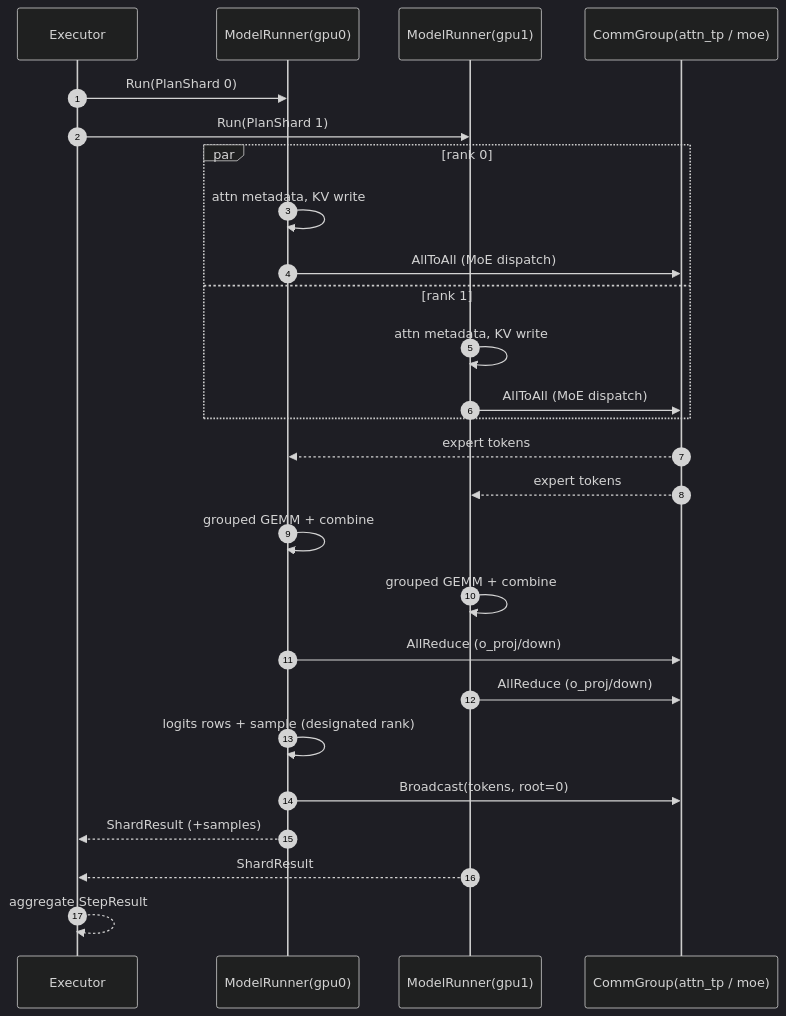
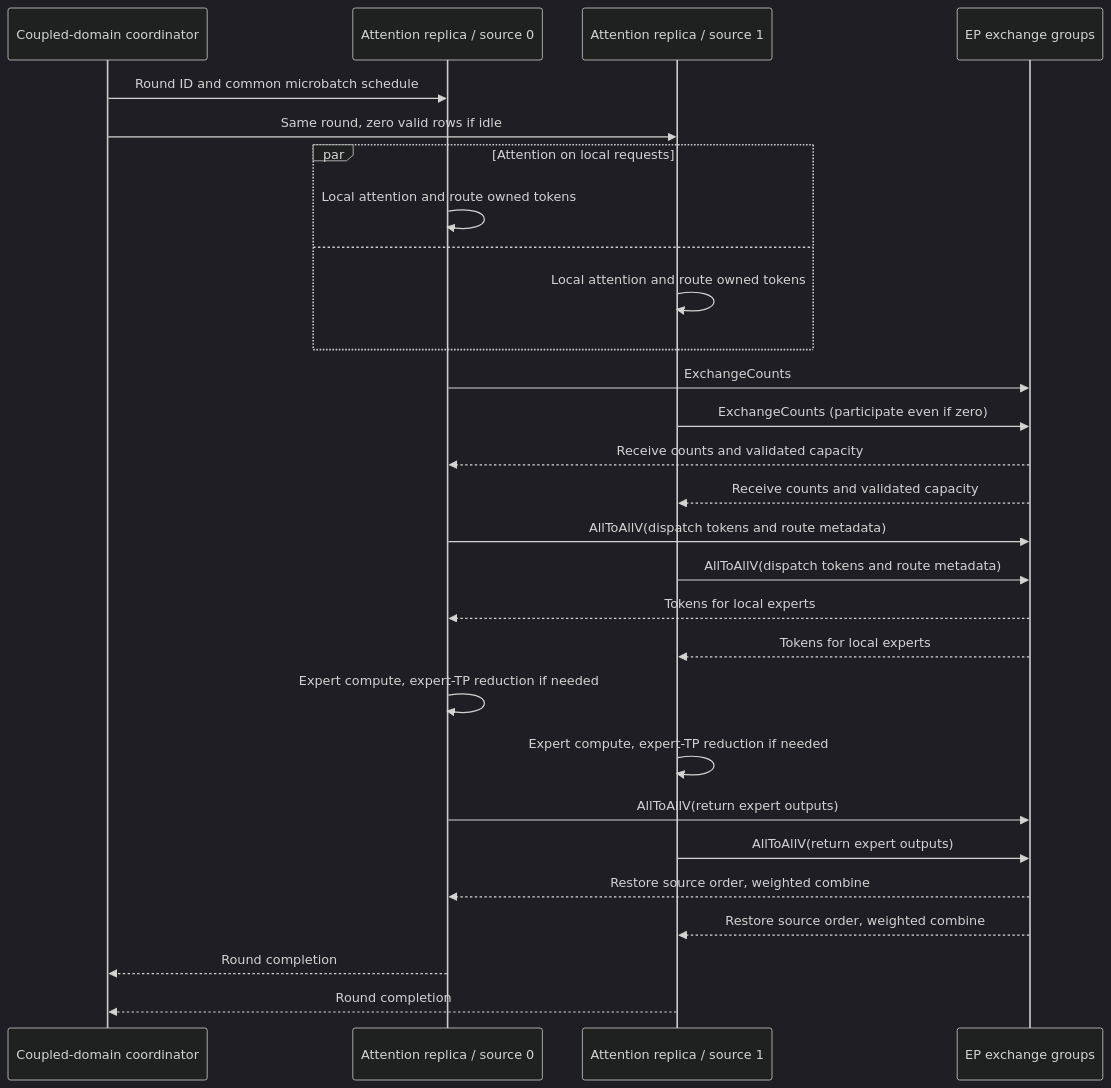
One commit to divedb/InferX changed the sixth of 8 diagrams in docs/executor.md. Above: the diagram before and after it, drawn with Mermaid (dark theme). The commit also changed other lines of this file and 1761 other files, not shown here.

````diff
--- a/docs/executor.md
+++ b/docs/executor.md
@@ -899,29 +556,30 @@
 ```mermaid
 sequenceDiagram
-    autonumber
-    participant X as Executor
-    participant R0 as ModelRunner(gpu0)
-    participant R1 as ModelRunner(gpu1)
-    participant G as CommGroup(attn_tp / moe)
-
-    X->>R0: Run(PlanShard 0)
-    X->>R1: Run(PlanShard 1)
-    par rank 0
-        R0->>R0: attn metadata, KV write
-        R0->>G: AllToAll (MoE dispatch)
-    and rank 1
-        R1->>R1: attn metadata, KV write
-        R1->>G: AllToAll (MoE dispatch)
+    participant K as Coupled-domain coordinator
+    participant A as Attention replica / source 0
+    participant B as Attention replica / source 1
+    participant C as EP exchange groups
+    K->>A: Round ID and common microbatch schedule
+    K->>B: Same round, zero valid rows if idle
+    par Attention on local requests
+        A->>A: Local attention and route owned tokens
+    and
+        B->>B: Local attention and route owned tokens
     end
-    G-->>R0: expert tokens
-    G-->>R1: expert tokens
-    R0->>R0: grouped GEMM + combine
-    R1->>R1: grouped GEMM + combine
-    R0->>G: AllReduce (o_proj/down)
-    R1->>G: AllReduce (o_proj/down)
-    R0->>R0: logits rows + sample (designated rank)
-    R0->>G: Broadcast(tokens, root=0)
-    R0-->>X: ShardResult (+samples)
-    R1-->>X: ShardResult
-    X-->>X: aggregate StepResult
+    A->>C: ExchangeCounts
+    B->>C: ExchangeCounts (participate even if zero)
+    C-->>A: Receive counts and validated capacity
+    C-->>B: Receive counts and validated capacity
+    A->>C: AllToAllV(dispatch tokens and route metadata)
+    B->>C: AllToAllV(dispatch tokens and route metadata)
+    C-->>A: Tokens for local experts
+    C-->>B: Tokens for local experts
+    A->>A: Expert compute, expert-TP reduction if needed
+    B->>B: Expert compute, expert-TP reduction if needed
+    A->>C: AllToAllV(return expert outputs)
+    B->>C: AllToAllV(return expert outputs)
+    C-->>A: Restore source order, weighted combine
+    C-->>B: Restore source order, weighted combine
+    A-->>K: Round completion
+    B-->>K: Round completion
 ```
````
